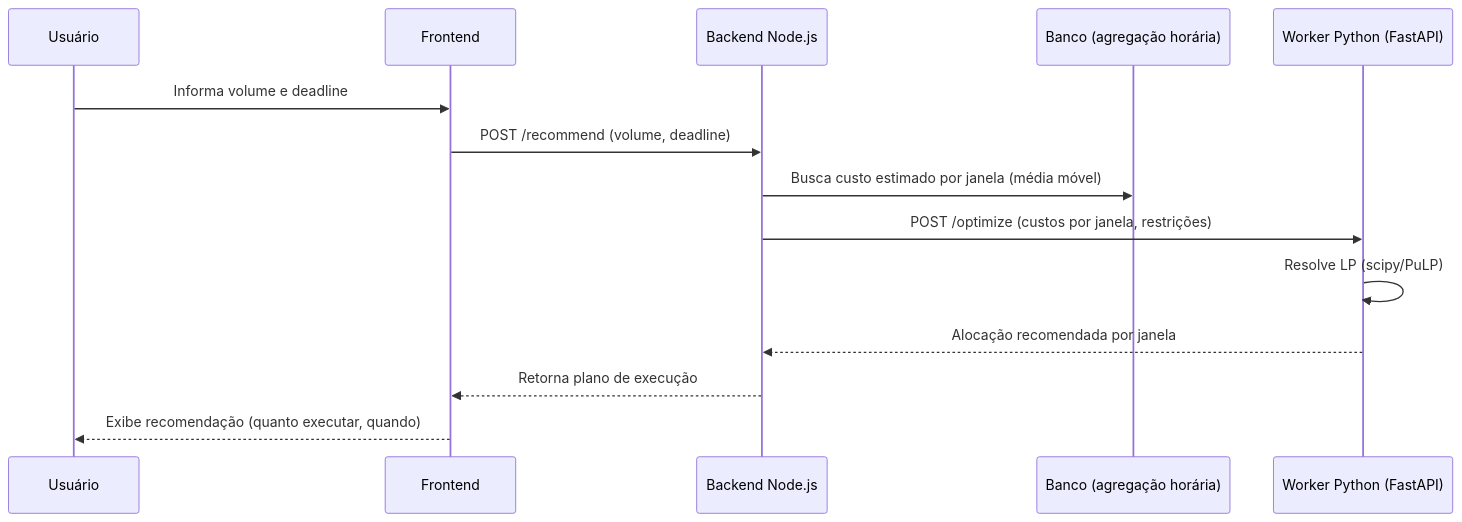
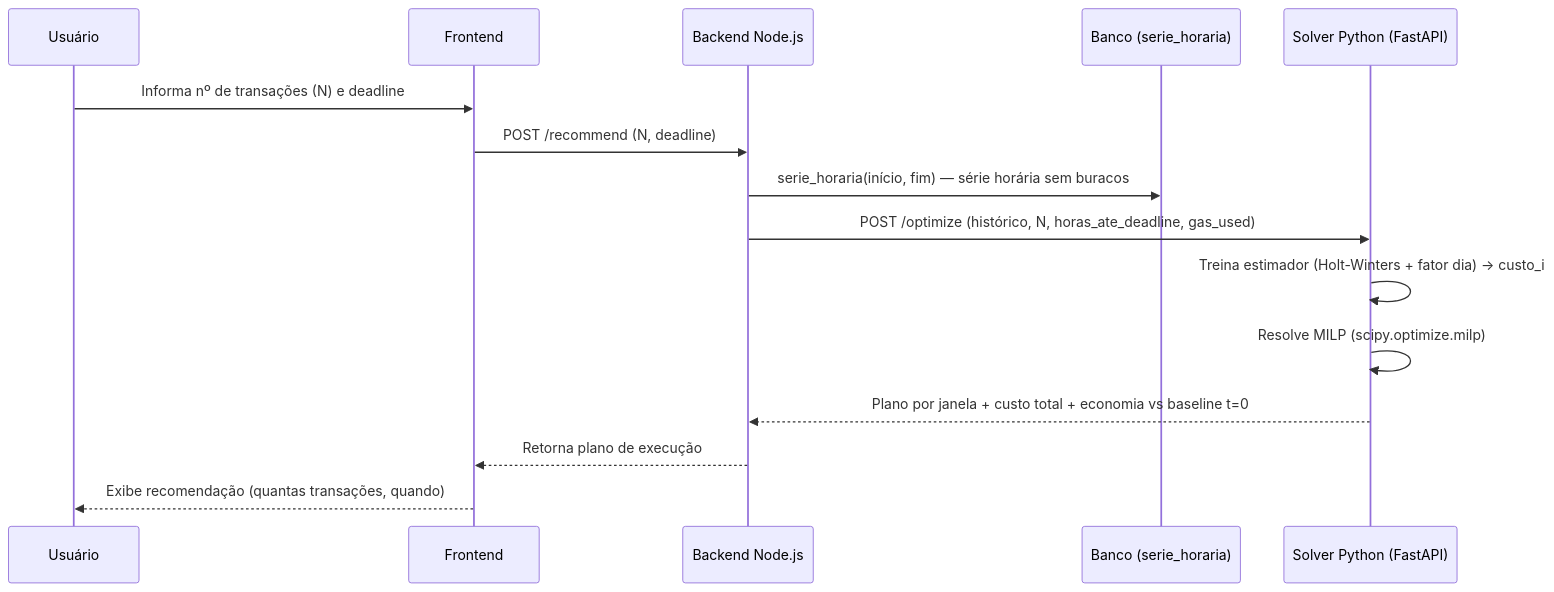
One commit to fr4ncisco7/projeto-alphractal changed the second of 3 diagrams in docs/arquitetura-tecnica.md. Above: the diagram before and after it, drawn with Mermaid. The commit also changed other lines of this file and 3 other files, not shown here.

Commit message:
docs: registra decisões de schema, solver e ingestão

````diff
--- a/docs/arquitetura-tecnica.md
+++ b/docs/arquitetura-tecnica.md
@@ -91,17 +106,18 @@
 ```mermaid
 sequenceDiagram
     participant U as Usuário
     participant FE as Frontend
     participant BE as Backend Node.js
-    participant DB as Banco (agregação horária)
-    participant SV as Worker Python (FastAPI)
+    participant DB as Banco (serie_horaria)
+    participant SV as Solver Python (FastAPI)
 
-    U->>FE: Informa volume e deadline
-    FE->>BE: POST /recommend (volume, deadline)
-    BE->>DB: Busca custo estimado por janela (média móvel)
-    BE->>SV: POST /optimize (custos por janela, restrições)
-    SV->>SV: Resolve LP (scipy/PuLP)
-    SV-->>BE: Alocação recomendada por janela
+    U->>FE: Informa nº de transações (N) e deadline
+    FE->>BE: POST /recommend (N, deadline)
+    BE->>DB: serie_horaria(início, fim) — série horária sem buracos
+    BE->>SV: POST /optimize (histórico, N, horas_ate_deadline, gas_used)
+    SV->>SV: Treina estimador (Holt-Winters + fator dia) → custo_i
+    SV->>SV: Resolve MILP (scipy.optimize.milp)
+    SV-->>BE: Plano por janela + custo total + economia vs baseline t=0
     BE-->>FE: Retorna plano de execução
-    FE-->>U: Exibe recomendação (quanto executar, quando)
+    FE-->>U: Exibe recomendação (quantas transações, quando)
 ```
````
